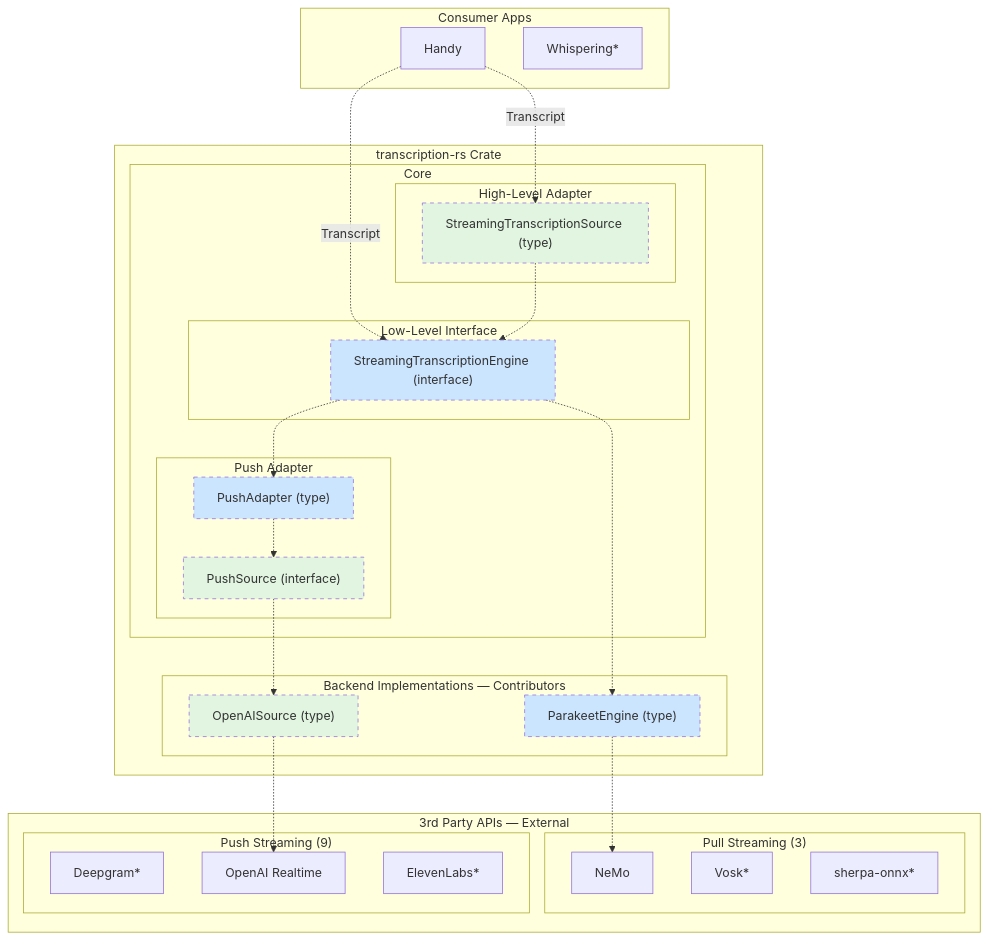
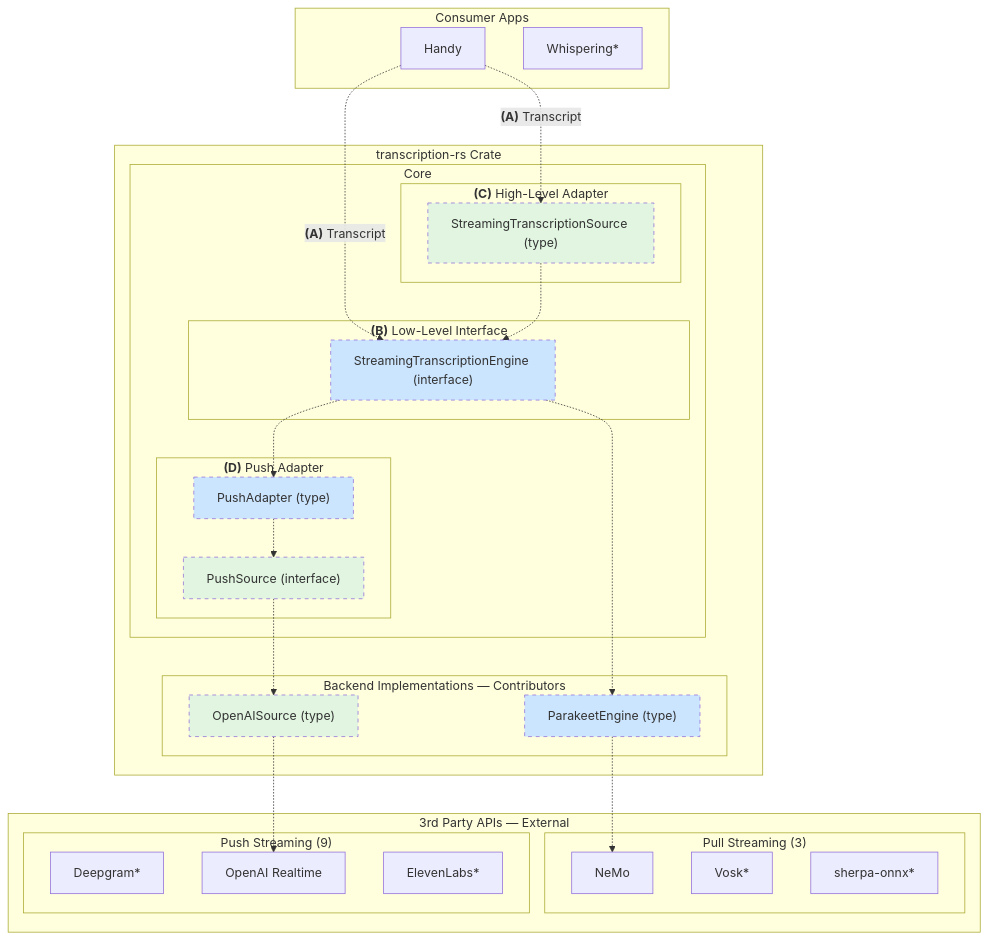
Before and after one commit to cjpais/transcribe-rs: the third of 4 diagrams in specs/transcription-rs.md, drawn with Mermaid. The commit also changed other lines of this file and 1 other file, not shown here.

````diff
--- a/specs/transcription-rs.md
+++ b/specs/transcription-rs.md
@@ -72,61 +93,61 @@
 ```mermaid
 graph TB
     subgraph Apps ["Consumer Apps"]
         Handy[Handy]
         Whispering[Whispering*]
     end
 
     subgraph Library ["transcription-rs Crate"]
         subgraph Core ["Core"]
-            subgraph HighLevel ["High-Level Adapter"]
+            subgraph HighLevel ["<b>(C)</b> High-Level Adapter"]
                 StreamingSource["StreamingTranscriptionSource (type)"]
             end
 
-            subgraph LowLevel ["Low-Level Interface"]
+            subgraph LowLevel ["<b>(B)</b> Low-Level Interface"]
                 StreamingEngine["StreamingTranscriptionEngine (interface)"]
             end
 
-            subgraph PushHelper ["Push Adapter"]
+            subgraph PushHelper ["<b>(D)</b> Push Adapter"]
                 PushAdapter["PushAdapter (type)"]
                 PushSource["PushSource (interface)"]
             end
         end
 
         subgraph Backends ["Backend Implementations — Contributors"]
             ParakeetEngine["ParakeetEngine (type)"]
             OpenAISource["OpenAISource (type)"]
         end
     end
 
     subgraph External ["3rd Party APIs — External"]
         subgraph PullStreaming ["Pull Streaming (3)"]
             NeMo[NeMo]
             Vosk[Vosk*]
             Sherpa[sherpa-onnx*]
         end
         subgraph PushStreaming ["Push Streaming (9)"]
             Deepgram[Deepgram*]
             OpenAI[OpenAI Realtime]
             ElevenLabs[ElevenLabs*]
         end
     end
 
-    Handy -.->|Transcript| StreamingSource
-    Handy -.->|Transcript| StreamingEngine
+    Handy -.->|"<b>(A)</b> Transcript"| StreamingSource
+    Handy -.->|"<b>(A)</b> Transcript"| StreamingEngine
 
     StreamingSource -.-> StreamingEngine
 
     StreamingEngine -.-> ParakeetEngine
     StreamingEngine -.-> PushAdapter
     
     PushAdapter -.-> PushSource
     PushSource -.-> OpenAISource
 
     ParakeetEngine -.-> NeMo
     OpenAISource -.-> OpenAI
 
     classDef pushPlanned fill:#e1f5e1,stroke-dasharray: 5 5
     classDef pullPlanned fill:#cce5ff,stroke-dasharray: 5 5
     class StreamingSource,PushSource,OpenAISource pushPlanned
     class StreamingEngine,PushAdapter,ParakeetEngine pullPlanned
 ```
````
